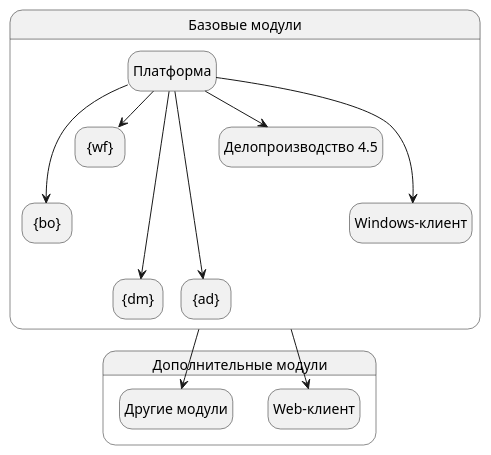
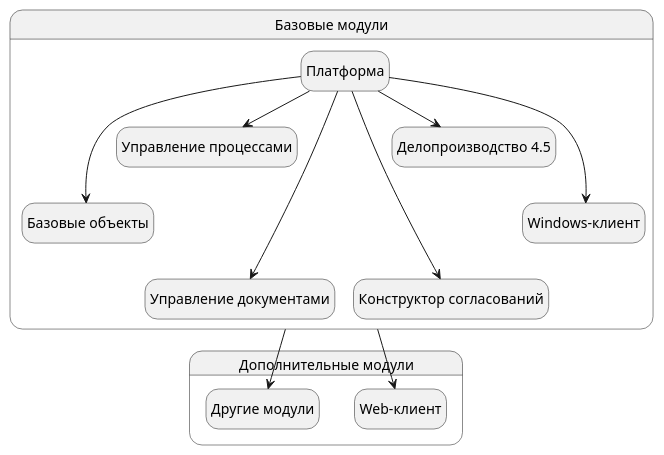
The diagram in modules/ROOT/pages/index.adoc (Docsvision/antora-install-guide), drawn with PlantUML before and after one commit.

Commit message:
Атрибуты не сработали в UML, блин

```diff
--- a/modules/ROOT/pages/index.adoc
+++ b/modules/ROOT/pages/index.adoc
@@ -29,39 +29,39 @@
 [plantuml, svg]
 ....
 @startuml
 hide empty description
 '!pragma layout elk
 skinparam rectangleBorderThickness 1
 skinparam defaultTextAlignment center
 skinparam lifelineStrategy solid
 skinparam monochrome true
 
 State "Базовые модули" as base {
 
 State "Платформа" as platform
-State "{bo}" as baseobjects
-State "{wf}" as workflow
-State "{dm}" as documentmanagement
-State "{ad}" as approvaldesigner
+State "Базовые объекты" as baseobjects
+State "Управление процессами" as workflow
+State "Управление документами" as documentmanagement
+State "Конструктор согласований" as approvaldesigner
 State "Делопроизводство 4.5" as takeoffice
 State "Windows-клиент" as windowsclient
 }
 
 platform ---> baseobjects
 platform --> workflow
 platform --> takeoffice
 platform ---> windowsclient
 platform ----> documentmanagement
 platform ----> approvaldesigner
 
 State "Дополнительные модули" as additional {
 
 State "Web-клиент" as webclient
 State "Другие модули" as other
 }
 
 base --> webclient
 base --> other
 
 @enduml
 ....
```
